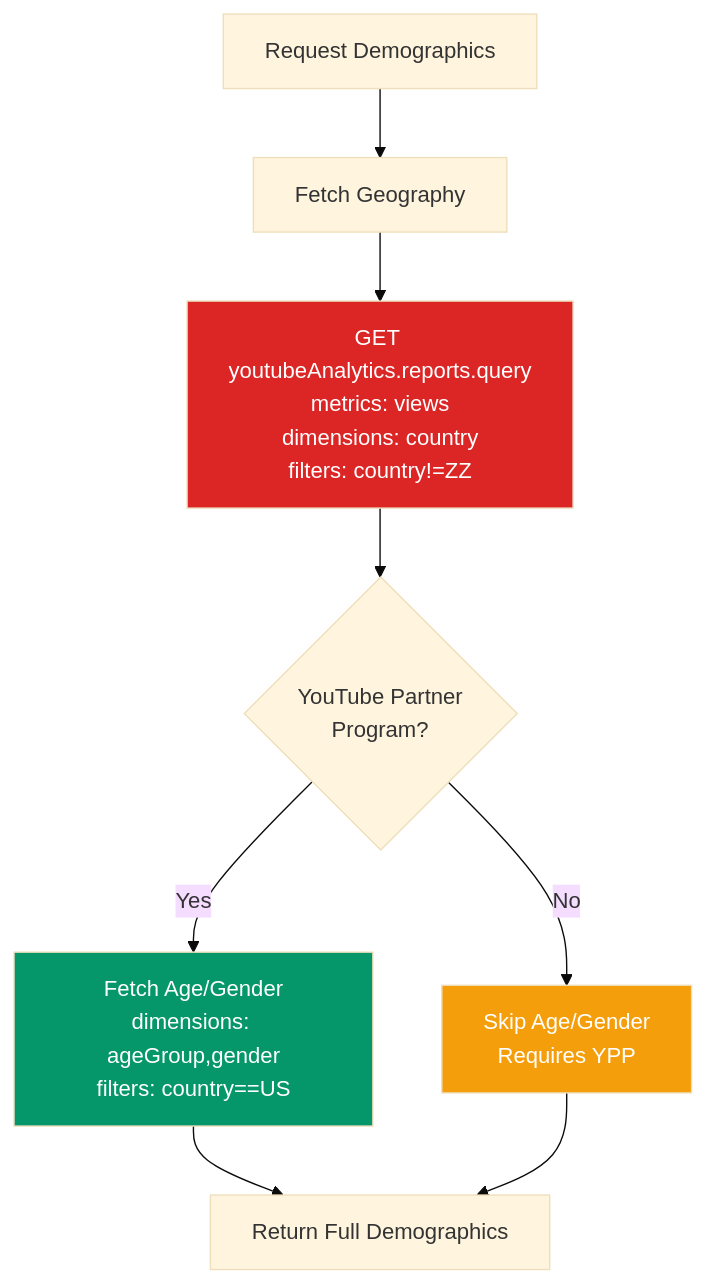
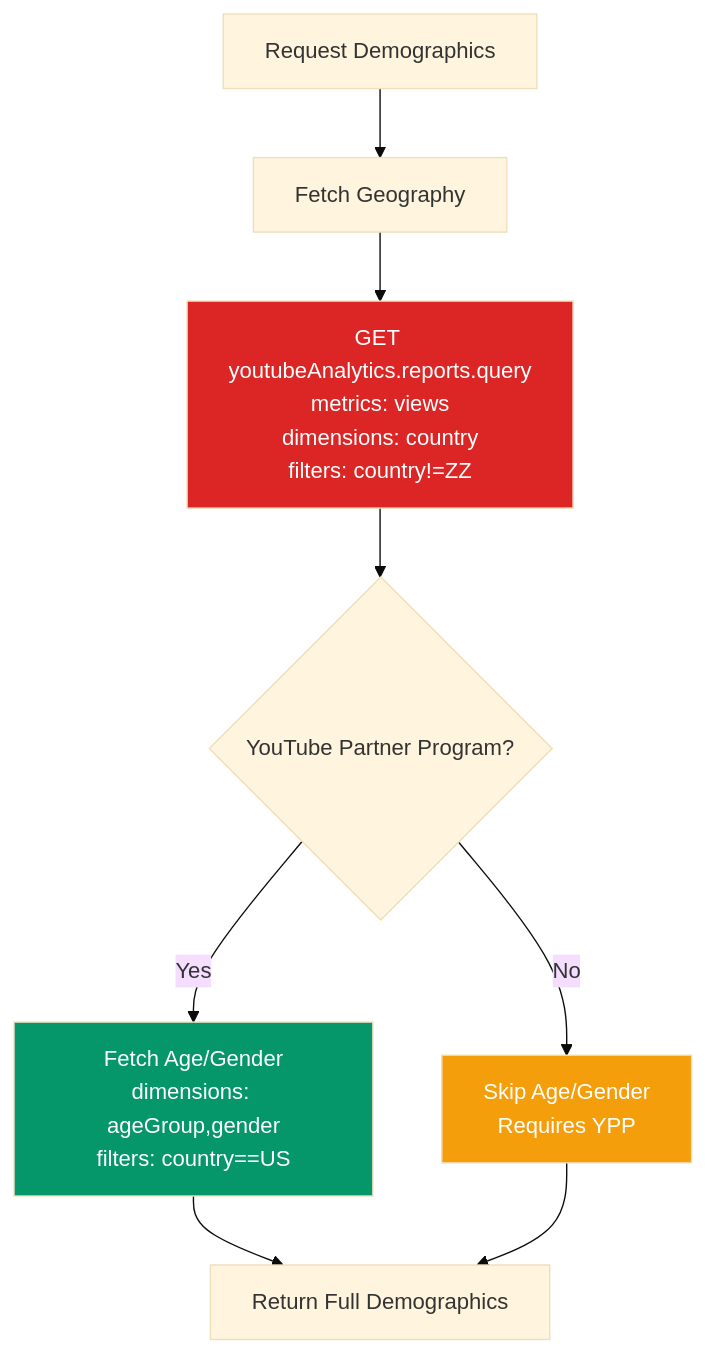
The eighth of 14 diagrams in TECHNICAL_DOCUMENTATION.md (ritwikvats/creatoriq), drawn with Mermaid (base theme) before and after one commit. The commit also changed other lines of this file and 1 other file, not shown here.

````diff
--- a/TECHNICAL_DOCUMENTATION.md
+++ b/TECHNICAL_DOCUMENTATION.md
@@ -539,14 +618,14 @@
 ```mermaid
 graph TD
     A[Request Demographics] --> B[Fetch Geography]
-    B --> C[GET youtubeAnalytics.reports.query<br/>metrics: views<br/>dimensions: country<br/>filters: country!=ZZ]
-    C --> D{YouTube Partner<br/>Program?}
-    D -->|Yes| E[Fetch Age/Gender<br/>dimensions: ageGroup,gender<br/>filters: country==US]
+    B --> C["GET youtubeAnalytics.reports.query<br/>metrics: views<br/>dimensions: country<br/>filters: country!=ZZ"]
+    C --> D{YouTube Partner Program?}
+    D -->|Yes| E["Fetch Age/Gender<br/>dimensions: ageGroup,gender<br/>filters: country==US"]
     D -->|No| F[Skip Age/Gender<br/>Requires YPP]
     E --> G[Return Full Demographics]
     F --> G
 
     style C fill:#DC2626,color:#fff
     style E fill:#059669,color:#fff
     style F fill:#F59E0B,color:#fff
 ```
````
